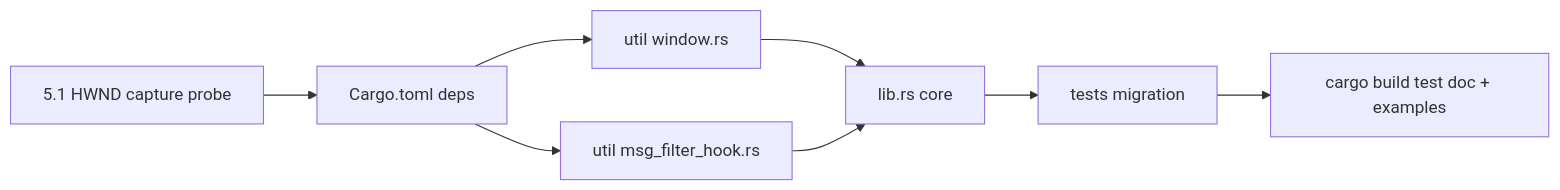
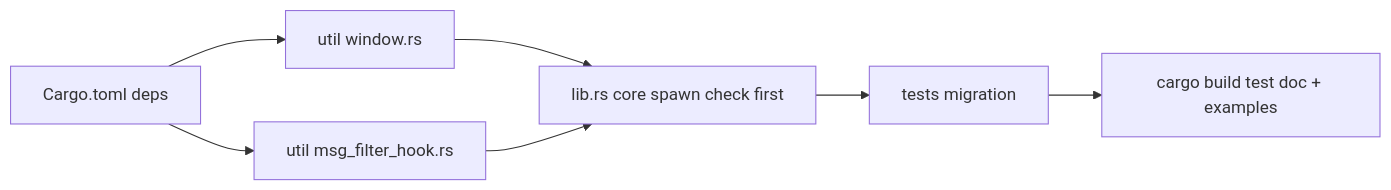
One commit to ekicyou/wintf-winmsg-executor changed the second of 2 diagrams in .kiro/specs/windows-crate-migration/design.md. Above: the diagram before and after it, drawn with Mermaid. The commit also changed other lines of this file, not shown here.

````diff
--- a/.kiro/specs/windows-crate-migration/design.md
+++ b/.kiro/specs/windows-crate-migration/design.md
@@ -239,10 +241,9 @@
 ```mermaid
 graph LR
-    T0[5.1 HWND capture probe] --> T1[Cargo.toml deps]
-    T1 --> T2[util window.rs]
+    T1[Cargo.toml deps] --> T2[util window.rs]
     T1 --> T3[util msg_filter_hook.rs]
-    T2 --> T4[lib.rs core]
+    T2 --> T4[lib.rs core spawn check first]
     T3 --> T4
     T4 --> T5[tests migration]
     T5 --> T6[cargo build test doc + examples]
 ```
````
